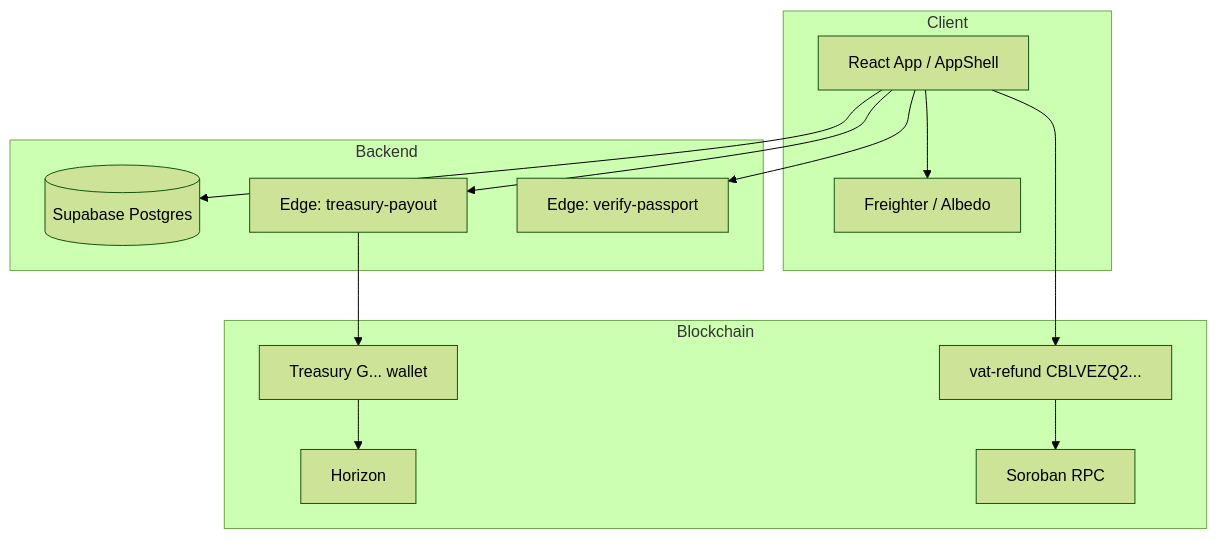
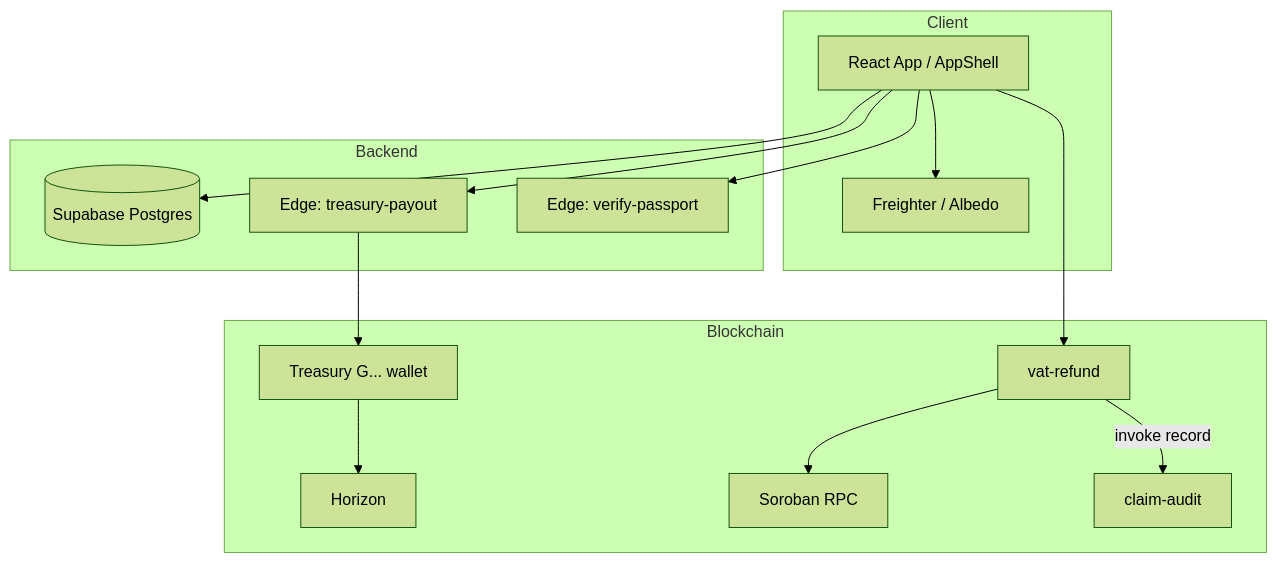
One commit to AmaanSayyad/Gemetra-XLM changed the first of 8 diagrams in README.md. Above: the diagram before and after it, drawn with Mermaid (forest theme). The commit also changed other lines of this file and 31 other files, not shown here.

First line of the commit message:
feat: add claim-audit invoke, event feed, and CI for Stellar L3

````diff
--- a/README.md
+++ b/README.md
@@ -44,26 +44,28 @@
 ```mermaid
 flowchart TB
     subgraph Client
         WEB[React App / AppShell]
         W[Freighter / Albedo]
     end
     subgraph Backend
         SB[(Supabase Postgres)]
         EF[Edge: treasury-payout]
         VP[Edge: verify-passport]
     end
     subgraph Blockchain
         T[Treasury G... wallet]
         H[Horizon]
         RPC[Soroban RPC]
-        SC[vat-refund CBLVEZQ2...]
+        SC[vat-refund]
+        AUD[claim-audit]
     end
     WEB --> SB
     WEB --> W
     WEB --> EF
     WEB --> SC
+    SC -->|invoke record| AUD
     EF --> T
     T --> H
     SC --> RPC
     WEB --> VP
 ```
````
